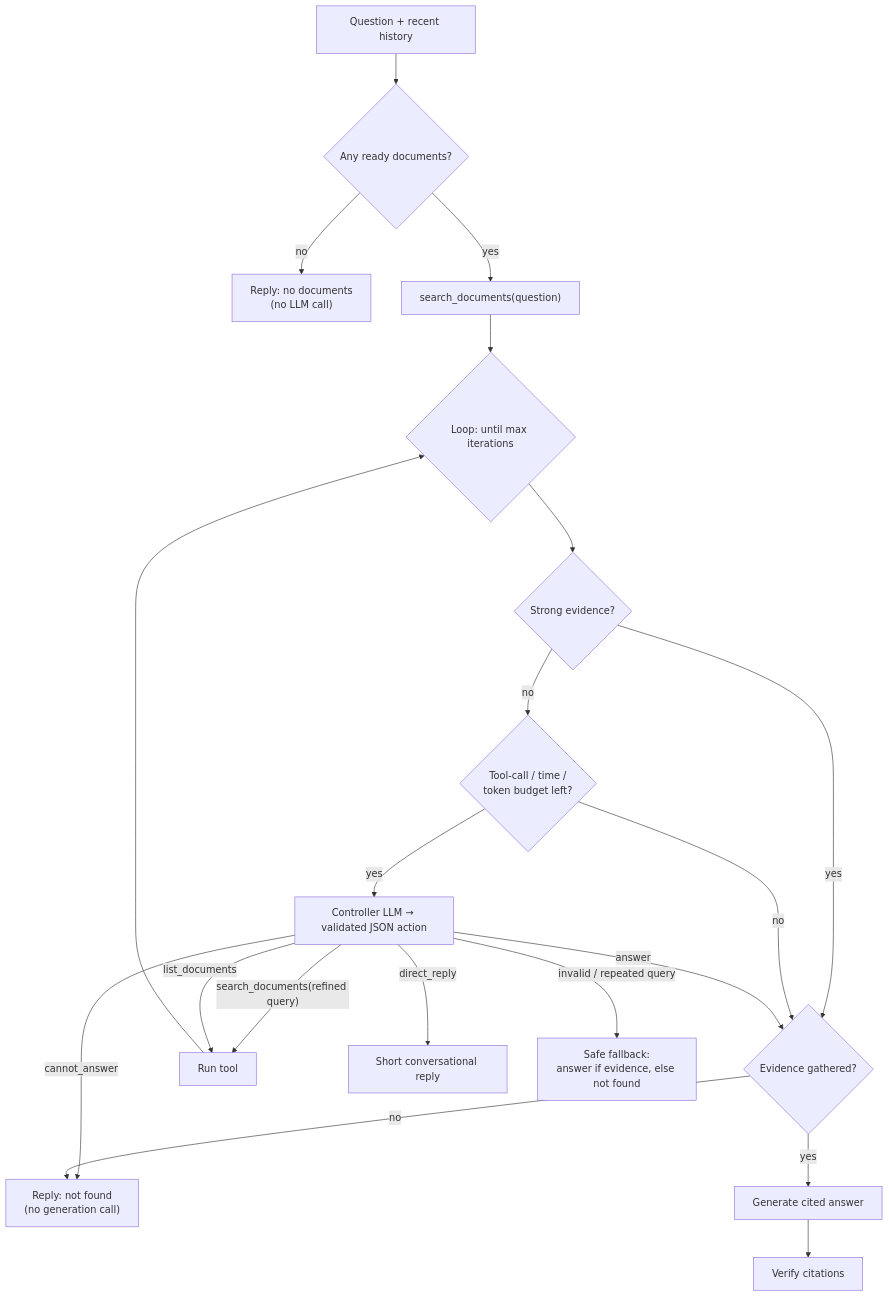
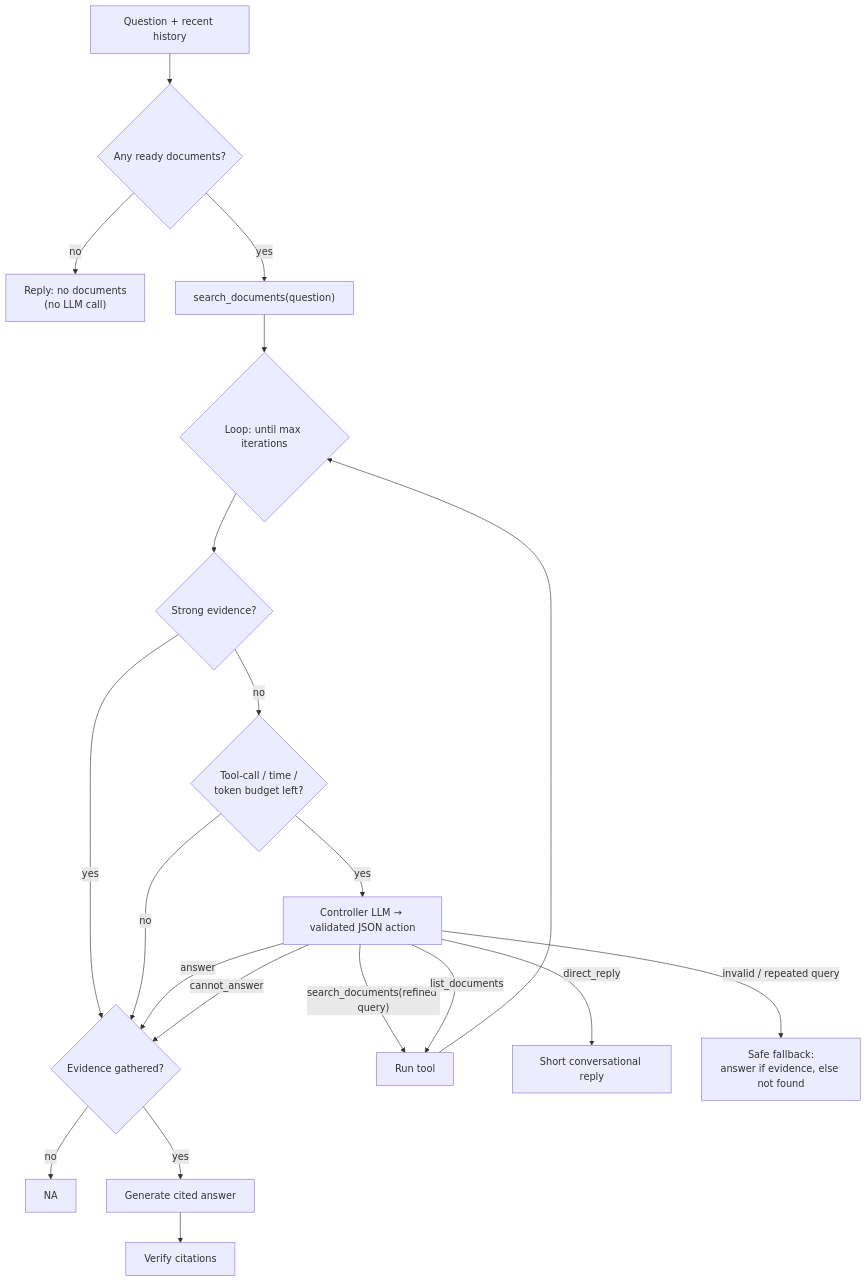
The second of 2 diagrams in README.md (saee08/agentic-rag-chatbot), drawn with Mermaid before and after one commit. The commit also changed other lines of this file and 44 other files, not shown here.

````diff
--- a/README.md
+++ b/README.md
@@ -211,20 +246,20 @@
 ```mermaid
 flowchart TD
     Q[Question + recent history] --> G{Any ready documents?}
     G -- no --> ND["Reply: no documents<br/>(no LLM call)"]
     G -- yes --> S1["search_documents(question)"]
     S1 --> L{"Loop: until max iterations"}
     L --> SUF{Strong evidence?}
     SUF -- yes --> GEN
     SUF -- no --> LIM{"Tool-call / time /<br/>token budget left?"}
     LIM -- no --> GEN
     LIM -- yes --> C["Controller LLM → validated JSON action"]
     C -- "search_documents(refined query)" --> T[Run tool] --> L
     C -- list_documents --> T
     C -- answer --> GEN
-    C -- cannot_answer --> NA["Reply: not found<br/>(no generation call)"]
+    C -- cannot_answer --> GEN
     C -- direct_reply --> DR[Short conversational reply]
     C -- "invalid / repeated query" --> FB["Safe fallback:<br/>answer if evidence, else not found"]
     GEN{Evidence gathered?} -- no --> NA
     GEN -- yes --> A[Generate cited answer] --> V[Verify citations]
 ```
````
